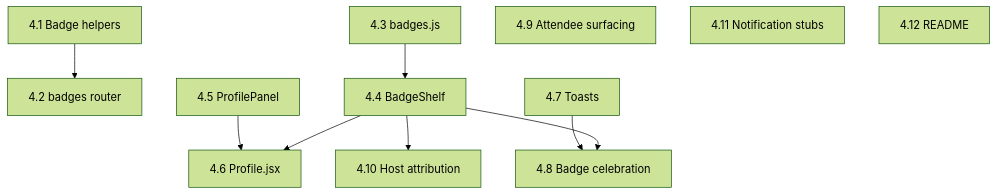
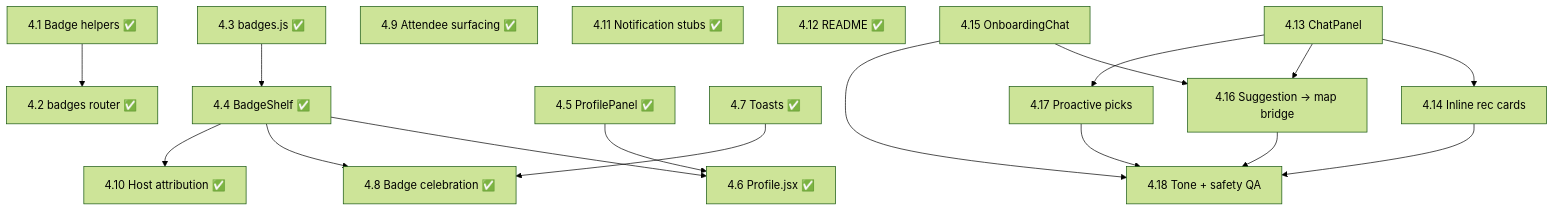
Before and after one commit to matthewpaolosbilo/claude-impact-lab-melbourne-team-5: the diagram in docs/dev4-dependencies.md, drawn with Mermaid (forest theme). The commit also changed other lines of this file and 4 other files, not shown here.

````diff
--- a/docs/dev4-dependencies.md
+++ b/docs/dev4-dependencies.md
@@ -32,13 +38,22 @@
 ```mermaid
 graph TD
-    4.1[4.1 Badge helpers] --> 4.2[4.2 badges router]
-    4.3[4.3 badges.js] --> 4.4[4.4 BadgeShelf]
-    4.4 --> 4.6[4.6 Profile.jsx]
-    4.5[4.5 ProfilePanel] --> 4.6
-    4.4 --> 4.8[4.8 Badge celebration]
-    4.7[4.7 Toasts] --> 4.8
-    4.4 --> 4.10[4.10 Host attribution]
-    4.9[4.9 Attendee surfacing]
-    4.11[4.11 Notification stubs]
-    4.12[4.12 README]
+    4.1[4.1 Badge helpers ✅] --> 4.2[4.2 badges router ✅]
+    4.3[4.3 badges.js ✅] --> 4.4[4.4 BadgeShelf ✅]
+    4.4 --> 4.6[4.6 Profile.jsx ✅]
+    4.5[4.5 ProfilePanel ✅] --> 4.6
+    4.4 --> 4.8[4.8 Badge celebration ✅]
+    4.7[4.7 Toasts ✅] --> 4.8
+    4.4 --> 4.10[4.10 Host attribution ✅]
+    4.9[4.9 Attendee surfacing ✅]
+    4.11[4.11 Notification stubs ✅]
+    4.12[4.12 README ✅]
+
+    4.13[4.13 ChatPanel] --> 4.14[4.14 Inline rec cards]
+    4.13 --> 4.16[4.16 Suggestion → map bridge]
+    4.15[4.15 OnboardingChat] --> 4.16
+    4.13 --> 4.17[4.17 Proactive picks]
+    4.14 --> 4.18[4.18 Tone + safety QA]
+    4.15 --> 4.18
+    4.16 --> 4.18
+    4.17 --> 4.18
 ```
````
